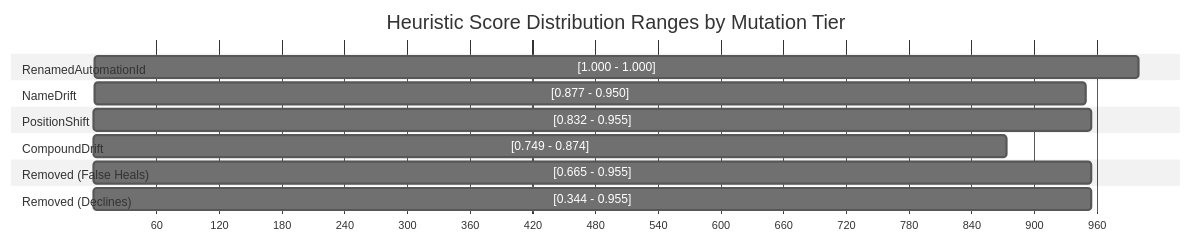
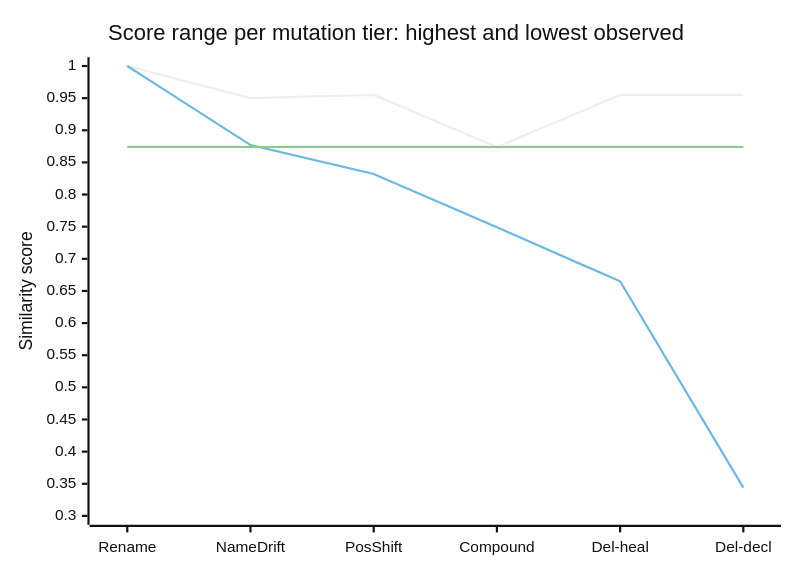
Before and after one commit to mustafasercansak/automation-sandbox: the second of 12 diagrams in docs/benchmark-calibration.md, drawn with Mermaid (neutral theme). The commit also changed other lines of this file, not shown here.

Commit message:
fix: update benchmark calibration documentation with mutation tier details and score distributions (#125)

````diff
--- a/docs/benchmark-calibration.md
+++ b/docs/benchmark-calibration.md
@@ -57,18 +64,9 @@
 ```mermaid
-gantt
-    title Heuristic Score Distribution Ranges by Mutation Tier
-    dateFormat X
-    axisFormat %s
-    section RenamedAutomationId
-    [1.000 - 1.000] : 1000, 1000
-    section NameDrift
-    [0.877 - 0.950] : 877, 950
-    section PositionShift
-    [0.832 - 0.955] : 832, 955
-    section CompoundDrift
-    [0.749 - 0.874] : 749, 874
-    section Removed (False Heals)
-    [0.665 - 0.955] : 665, 955
-    section Removed (Declines)
-    [0.344 - 0.955] : 344, 955
+xychart-beta
+    title "Score range per mutation tier: highest and lowest observed"
+    x-axis ["Rename", "NameDrift", "PosShift", "Compound", "Del-heal", "Del-decl"]
+    y-axis "Similarity score" 0.30 --> 1.00
+    line [1.000, 0.950, 0.955, 0.874, 0.955, 0.955]
+    line [1.000, 0.877, 0.832, 0.749, 0.665, 0.344]
+    line [0.874, 0.874, 0.874, 0.874, 0.874, 0.874]
 ```
````
